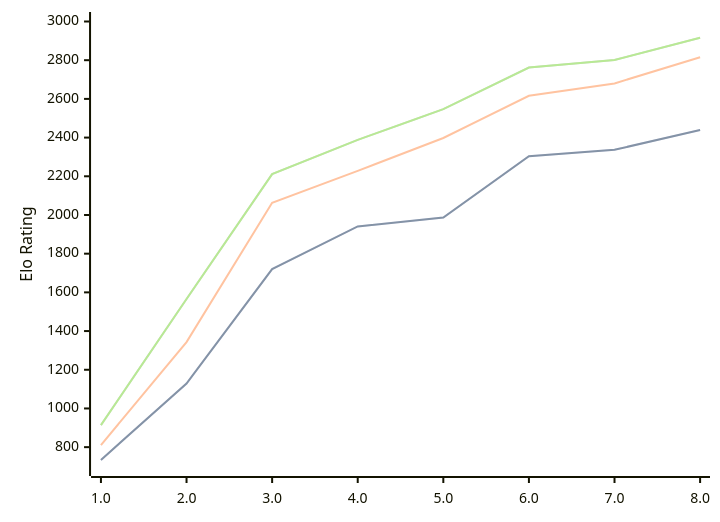
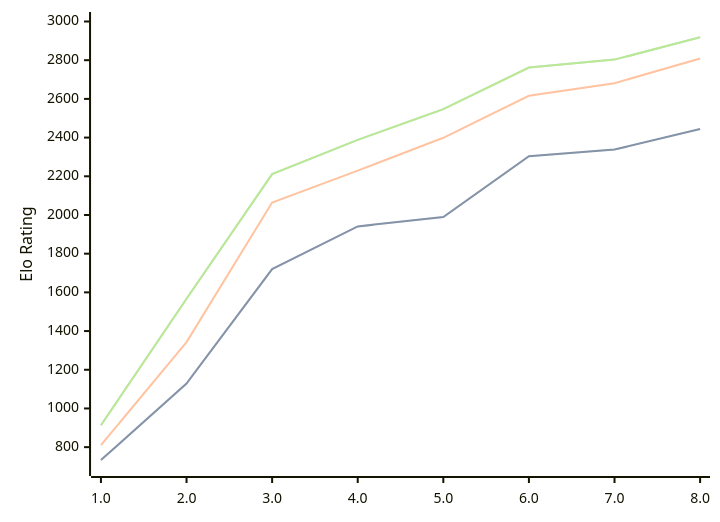
One commit to computer-chess-index/cci changed the diagram in engines/Pea.md. Above: the diagram before and after it, drawn with Mermaid. The commit also changed other lines of this file, not shown here.

Commit message:
Update CCI Ratings (ELO VLTC) - 2026-05-21

````diff
--- a/engines/Pea.md
+++ b/engines/Pea.md
@@ -38,11 +38,11 @@
 ```mermaid
 %%{init: {"theme":"base","themeVariables":{"seriesColors:['#a3a3a3','#222221','#faa371']}}}%%
 xychart-beta
   x-axis ["1.0", "2.0", "3.0", "4.0", "5.0", "6.0", "7.0", "8.0"]
   y-axis "Elo Rating" 700 --> 3000
-  line "STC (8.0+0.08s)" [734, 1129, 1720, 1941, 1987, 2304, 2337, 2439]
-  line "STC (8.0+0.08s)" [734, 1129, 1720, 1941, 1987, 2304, 2337, 2439]
-  line "LTC (60.0+0.60s)" [811, 1343, 2063, 2228, 2398, 2616, 2680, 2815]
-  line "VLTC (2m24s+1.12s)" [914, 1566, 2211, 2388, 2547, 2762, 2801, 2916]
-  line "VLTC (2m24s+1.12s)" [914, 1566, 2211, 2388, 2547, 2762, 2801, 2916]
+  line "STC (8.0+0.08s)" [733, 1129, 1720, 1941, 1989, 2304, 2338, 2444]
+  line "STC (8.0+0.08s)" [733, 1129, 1720, 1941, 1989, 2304, 2338, 2444]
+  line "LTC (60.0+0.60s)" [810, 1343, 2064, 2229, 2399, 2616, 2681, 2809]
+  line "VLTC (2m24s+1.12s)" [913, 1567, 2211, 2388, 2547, 2762, 2803, 2919]
+  line "VLTC (2m24s+1.12s)" [913, 1567, 2211, 2388, 2547, 2762, 2803, 2919]
 ```
````
